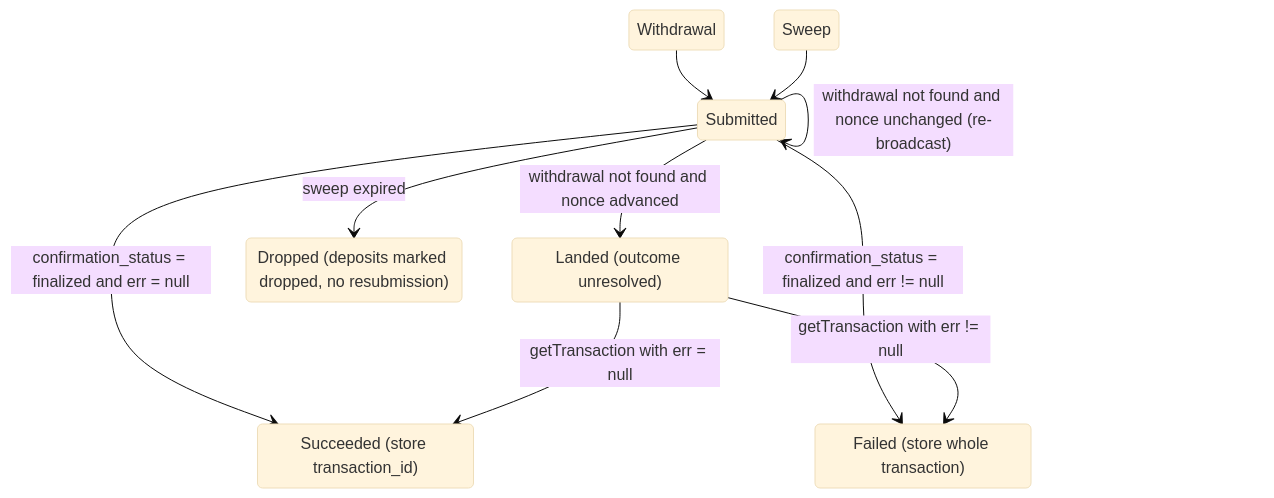
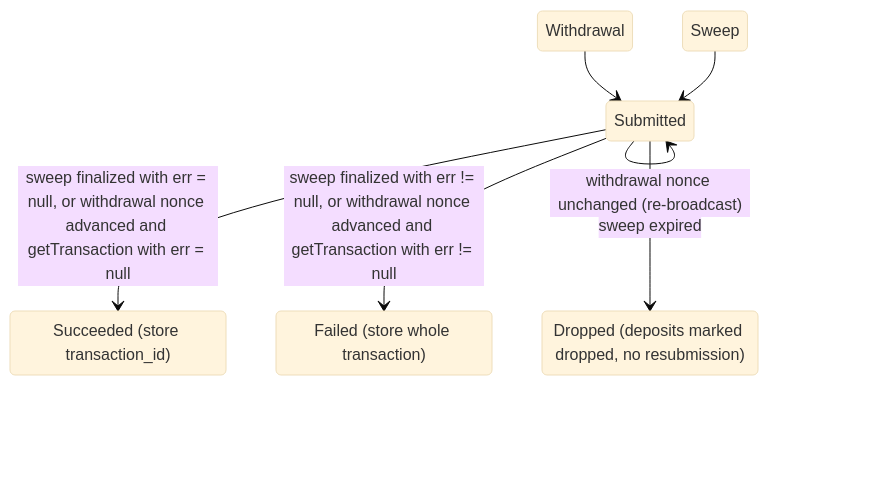
Before and after one commit to dfinity/cksol: the eighth of 8 diagrams in docs/design.md, drawn with Mermaid (base theme). The commit also changed other lines of this file, not shown here.

Commit message:
docs: finalize withdrawals from their nonce accounts

````diff
--- a/docs/design.md
+++ b/docs/design.md
@@ -604,17 +615,13 @@
 ```mermaid
 stateDiagram-v2
     Withdrawal --> Submitted
     Sweep --> Submitted
-    Submitted --> Succeeded: confirmation_status = finalized and err = null
-    Submitted --> Failed: confirmation_status = finalized and err != null
-    Submitted --> Submitted: withdrawal not found and nonce unchanged (re-broadcast)
-    Submitted --> Landed: withdrawal not found and nonce advanced
-    Landed --> Succeeded: getTransaction with err = null
-    Landed --> Failed: getTransaction with err != null
+    Submitted --> Succeeded: sweep finalized with err = null, or withdrawal nonce advanced and getTransaction with err = null
+    Submitted --> Failed: sweep finalized with err != null, or withdrawal nonce advanced and getTransaction with err != null
+    Submitted --> Submitted: withdrawal nonce unchanged (re-broadcast)
     Submitted --> Dropped: sweep expired
 
     Succeeded: Succeeded (store transaction_id)
     Failed: Failed (store whole transaction)
-    Landed: Landed (outcome unresolved)
     Dropped: Dropped (deposits marked dropped, no resubmission)
 ```
````
